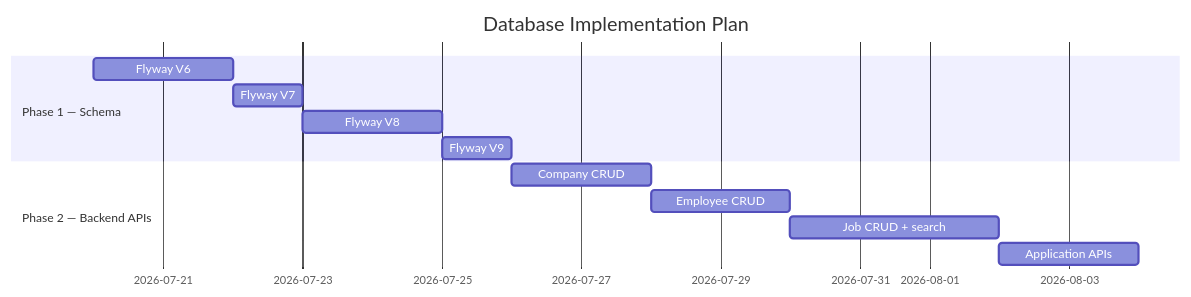
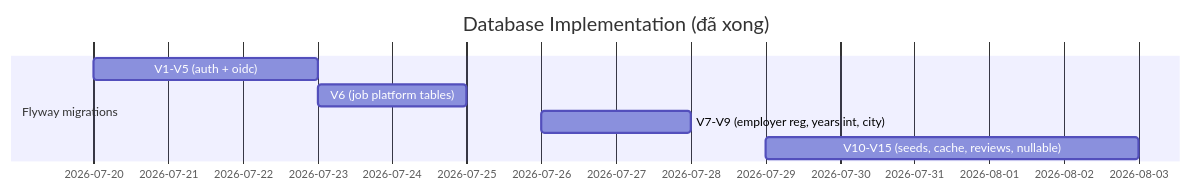
Before and after one commit to nhuanld17/FINDJOB-BE-DACN2: the diagram in docs/database-design/db.md, drawn with Mermaid. The commit also changed other lines of this file and 102 other files, not shown here.

````diff
--- a/docs/database-design/db.md
+++ b/docs/database-design/db.md
@@ -442,15 +508,10 @@
 ```mermaid
 gantt
-    title Database Implementation Plan
+    title Database Implementation (đã xong)
     dateFormat  YYYY-MM-DD
-    section Phase 1 — Schema
-    Flyway V6: seed roles + create companies    :2026-07-20, 2d
-    Flyway V7: create employees + certificates  :2026-07-22, 1d
-    Flyway V8: create jobs + categories         :2026-07-23, 2d
-    Flyway V9: create applications + saved_jobs :2026-07-25, 1d
-    section Phase 2 — Backend APIs
-    Company CRUD                                :2026-07-26, 2d
-    Employee CRUD                               :2026-07-28, 2d
-    Job CRUD + search                           :2026-07-30, 3d
-    Application APIs                            :2026-08-02, 2d
+    section Flyway migrations
+    V1-V5 (auth + oidc)                       :2026-07-20, 3d
+    V6 (job platform tables)                  :2026-07-23, 2d
+    V7-V9 (employer reg, years int, city)     :2026-07-26, 2d
+    V10-V15 (seeds, cache, reviews, nullable) :2026-07-29, 5d
 ```
````
